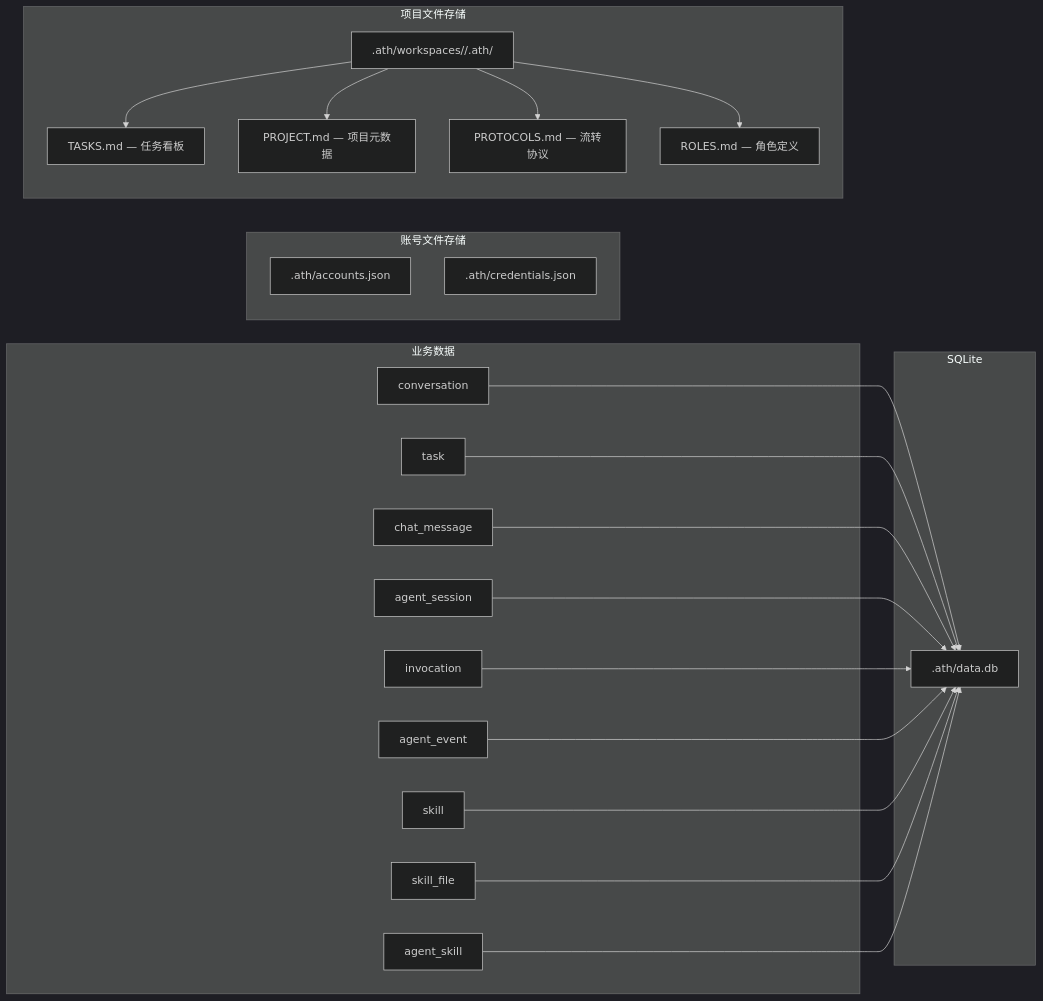
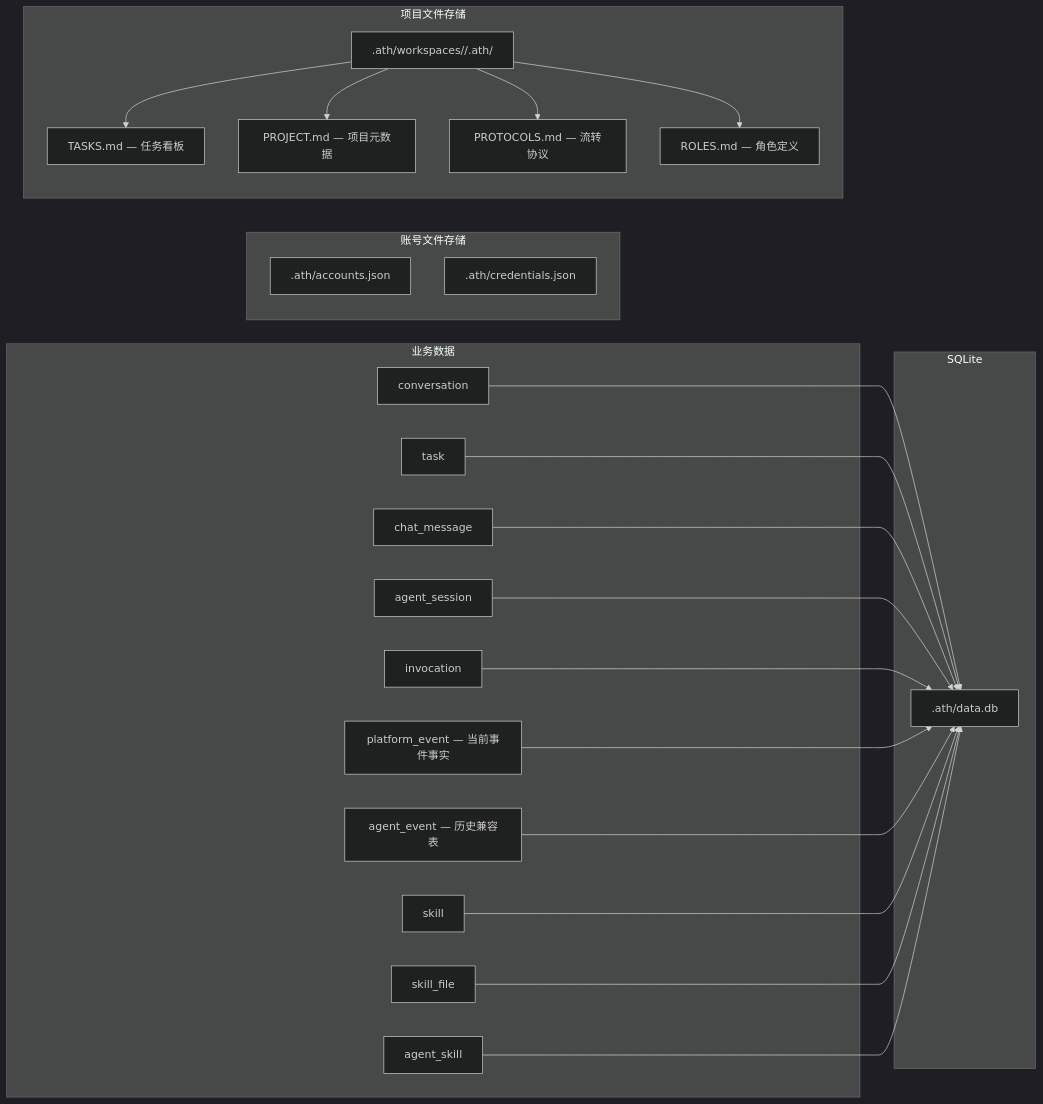
The fifth of 5 diagrams in docs/wiki/07-architecture-diagrams.md (changhuaqiu/agent-task-team), drawn with Mermaid (dark theme) before and after one commit. The commit also changed other lines of this file and 4011 other files, not shown here.

Commit message:
refactor: subtract obsolete architecture

````diff
--- a/docs/wiki/07-architecture-diagrams.md
+++ b/docs/wiki/07-architecture-diagrams.md
@@ -234,46 +234,48 @@
 ```mermaid
 flowchart LR
   subgraph Business["业务数据"]
     Conversations["conversation"]
     Tasks["task"]
     Messages["chat_message"]
     Sessions["agent_session"]
     Invocations["invocation"]
-    Events["agent_event"]
+    Events["platform_event — 当前事件事实"]
+    LegacyEvents["agent_event — 历史兼容表"]
     Skills["skill"]
     SkillFiles["skill_file"]
     AgentSkills["agent_skill"]
   end
 
   subgraph DB["SQLite"]
     DataDB[".ath/data.db"]
   end
 
   subgraph AccountStorage["账号文件存储"]
     AccountsFile[".ath/accounts.json"]
     CredentialsFile[".ath/credentials.json"]
   end
 
   subgraph ProjectFiles["项目文件存储"]
     Workspaces[".ath/workspaces/<convId>/.ath/"]
     TasksMdFile["TASKS.md — 任务看板"]
     ProjectMd["PROJECT.md — 项目元数据"]
     ProtocolsMd["PROTOCOLS.md — 流转协议"]
     RolesMd["ROLES.md — 角色定义"]
   end
 
   Conversations --> DataDB
   Tasks --> DataDB
   Messages --> DataDB
   Sessions --> DataDB
   Invocations --> DataDB
   Events --> DataDB
+  LegacyEvents --> DataDB
   Skills --> DataDB
   SkillFiles --> DataDB
   AgentSkills --> DataDB
 
   Workspaces --> TasksMdFile
   Workspaces --> ProjectMd
   Workspaces --> ProtocolsMd
   Workspaces --> RolesMd
 ```
````
